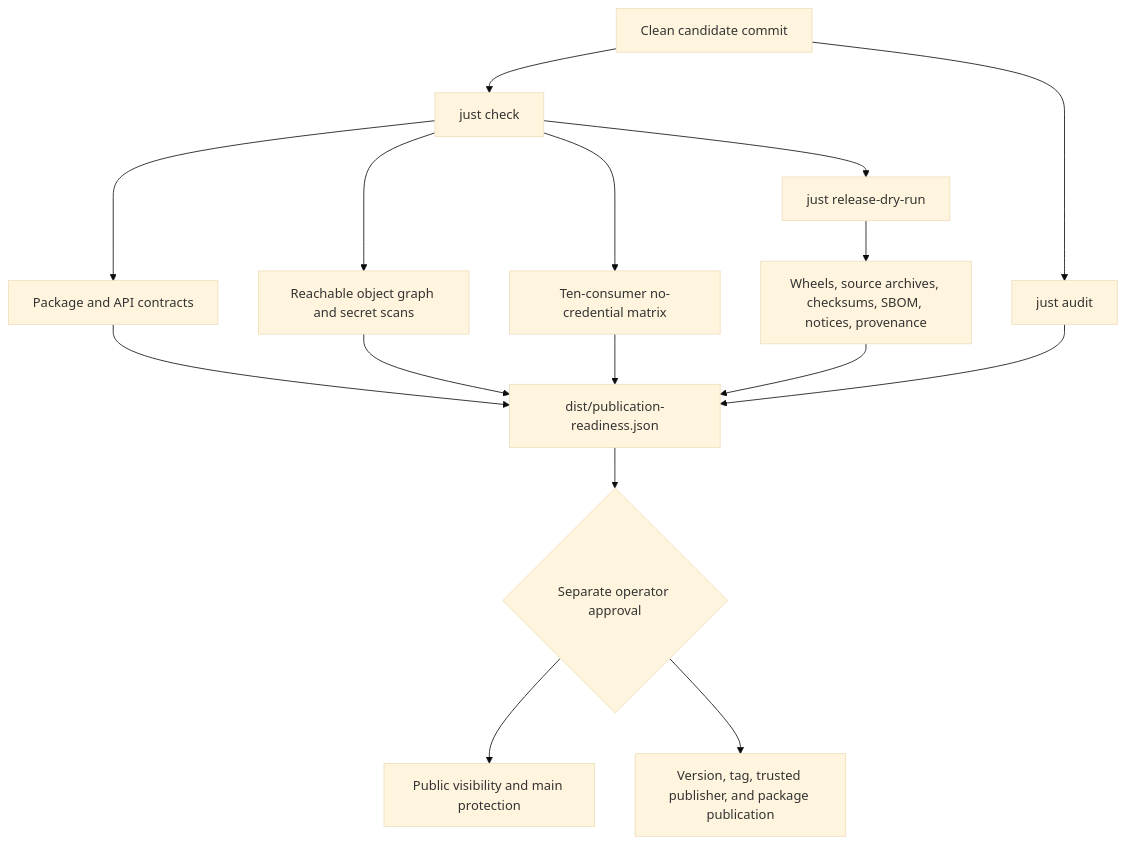
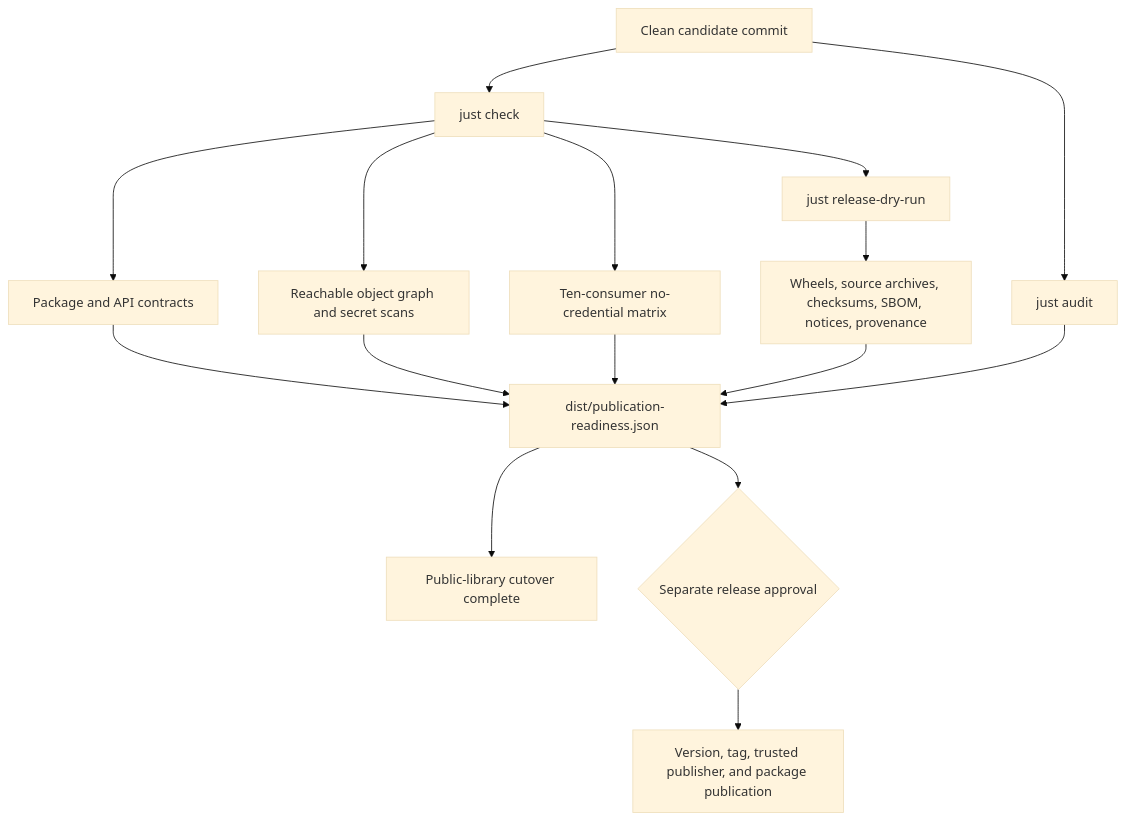
Before and after one commit to groovemap-music/python-libraries: the diagram in docs/publication-readiness.md, drawn with Mermaid (base theme). The commit also changed other lines of this file and 5 other files, not shown here.

Commit message:
docs: mark public library cutover complete

````diff
--- a/docs/publication-readiness.md
+++ b/docs/publication-readiness.md
@@ -8,18 +12,18 @@
 ```mermaid
 flowchart TD
     Candidate[Clean candidate commit] --> Check[just check]
     Check --> Contracts[Package and API contracts]
     Check --> History[Reachable object graph and secret scans]
     Check --> Consumers[Ten-consumer no-credential matrix]
     Candidate --> Audit[just audit]
     Check --> DryRun[just release-dry-run]
     DryRun --> Artifacts[Wheels, source archives, checksums, SBOM, notices, provenance]
     Contracts --> Attest[dist/publication-readiness.json]
     History --> Attest
     Consumers --> Attest
     Audit --> Attest
     Artifacts --> Attest
-    Attest --> Gate{Separate operator approval}
-    Gate --> Visibility[Public visibility and main protection]
+    Attest --> Cutover[Public-library cutover complete]
+    Attest --> Gate{Separate release approval}
     Gate --> Release[Version, tag, trusted publisher, and package publication]
 ```
````
